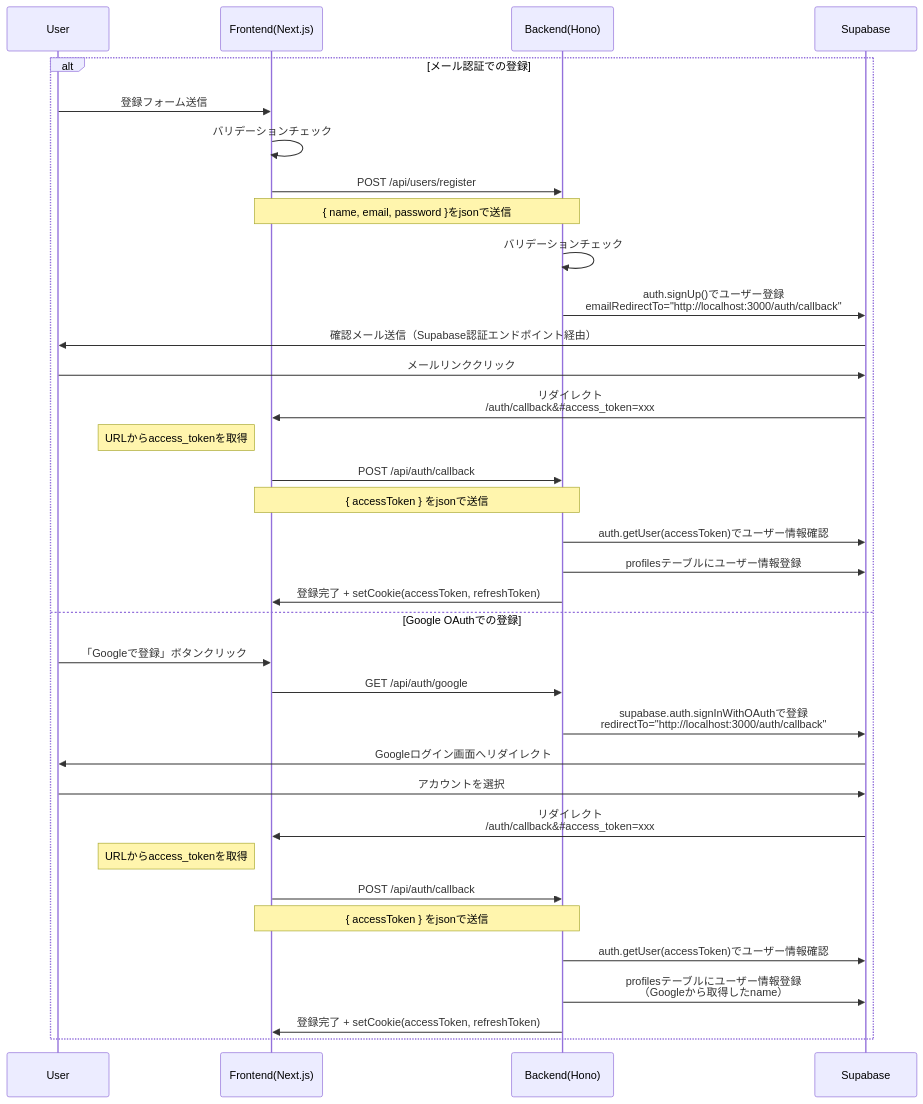
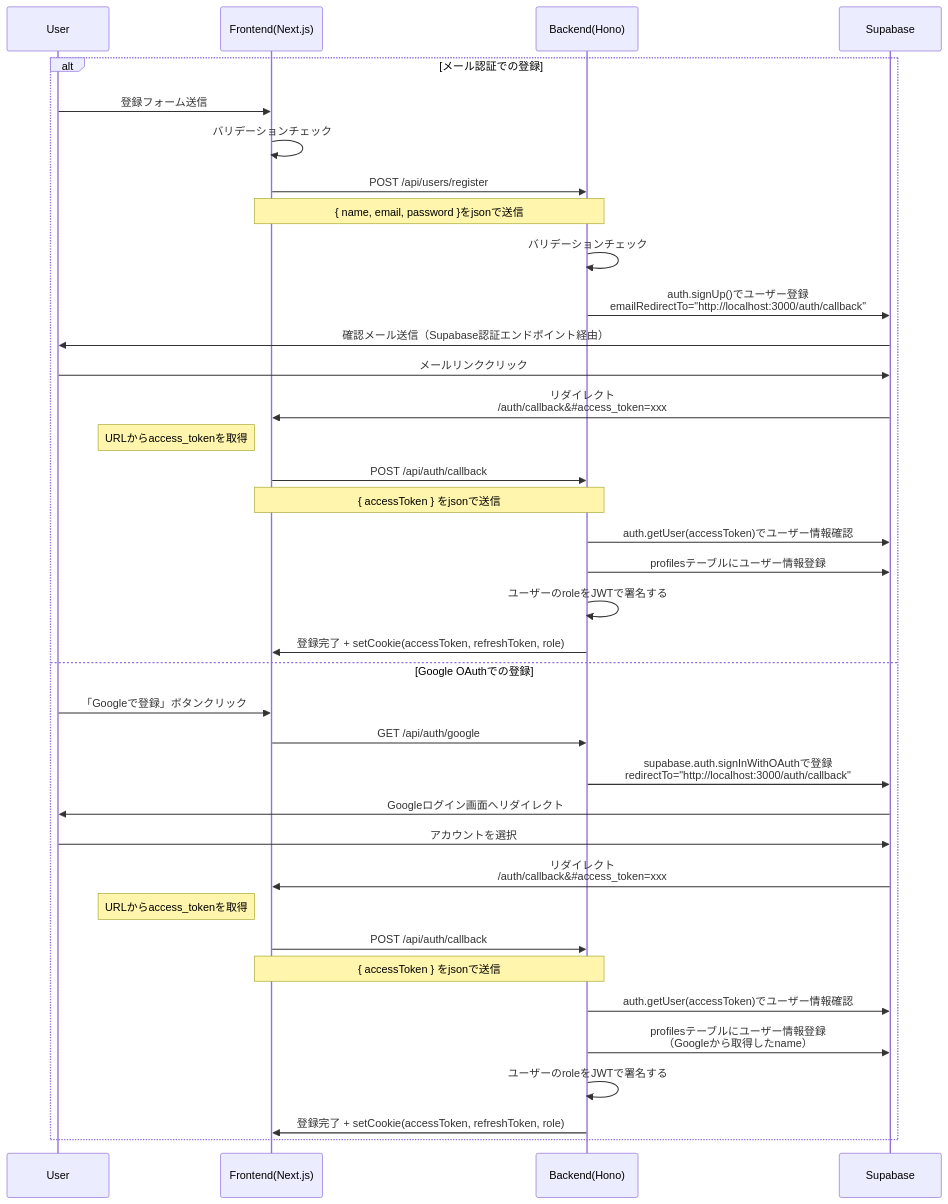
The first of 6 diagrams in docs/station3/doc.md (Takuya0202/foodsnap), drawn with Mermaid before and after one commit. The commit also changed other lines of this file and 19 other files, not shown here.

````diff
--- a/docs/station3/doc.md
+++ b/docs/station3/doc.md
@@ -44,41 +44,43 @@
 ```mermaid
 sequenceDiagram
   participant U as User
   participant F as Frontend(Next.js)
   participant B as Backend(Hono)
   participant DB as Supabase
 
   alt メール認証での登録
     U->>F: 登録フォーム送信
     F->>F: バリデーションチェック
     F->>B: POST /api/users/register
     Note over F,B: { name, email, password }をjsonで送信
     
     B->>B: バリデーションチェック
     B->>DB: auth.signUp()でユーザー登録<br/>emailRedirectTo="http://localhost:3000/auth/callback"
 
     DB->>U: 確認メール送信（Supabase認証エンドポイント経由）
     U->>DB: メールリンククリック
     DB->>F: リダイレクト<br/>/auth/callback&#35;access_token=xxx
     Note left of F: URLからaccess_tokenを取得
     F->>B: POST /api/auth/callback
     Note over F,B: { accessToken } をjsonで送信
     B->>DB: auth.getUser(accessToken)でユーザー情報確認
     B->>DB: profilesテーブルにユーザー情報登録
-    B->>F: 登録完了 + setCookie(accessToken, refreshToken)
+    B->>B : ユーザーのroleをJWTで署名する
+    B->>F: 登録完了 + setCookie(accessToken, refreshToken, role)
     
   else Google OAuthでの登録
     U->>F: 「Googleで登録」ボタンクリック
     F->>B: GET /api/auth/google
     B->>DB: supabase.auth.signInWithOAuthで登録<br/>redirectTo="http://localhost:3000/auth/callback"
     DB->>U: Googleログイン画面へリダイレクト
     U->>DB: アカウントを選択
     DB->>F: リダイレクト<br/>/auth/callback&#35;access_token=xxx
     Note left of F: URLからaccess_tokenを取得
     F->>B: POST /api/auth/callback
     Note over F,B: { accessToken } をjsonで送信
     B->>DB: auth.getUser(accessToken)でユーザー情報確認
     B->>DB: profilesテーブルにユーザー情報登録<br/>（Googleから取得したname）
-    B->>F: 登録完了 + setCookie(accessToken, refreshToken)
+    B->>B : ユーザーのroleをJWTで署名する
+    B->>F: 登録完了 + setCookie(accessToken, refreshToken, role)
   end
 ```
````
